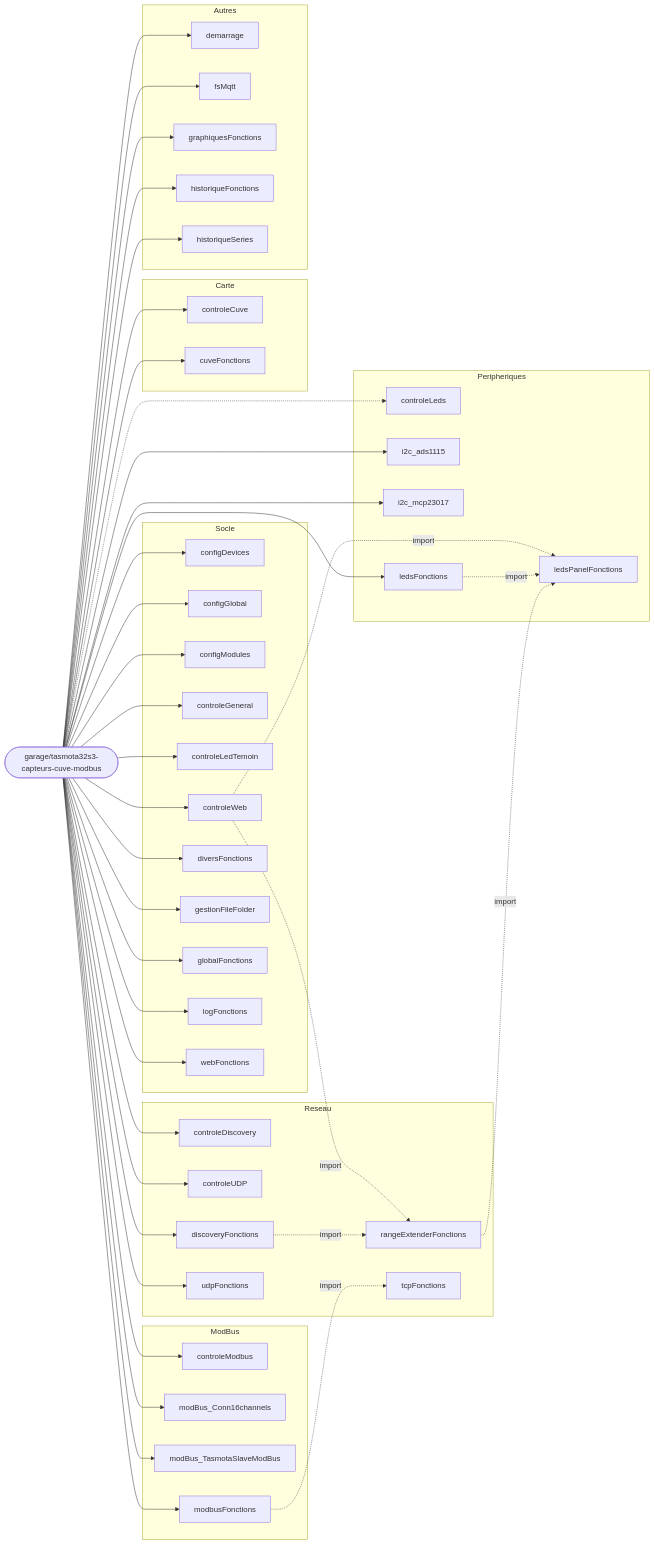
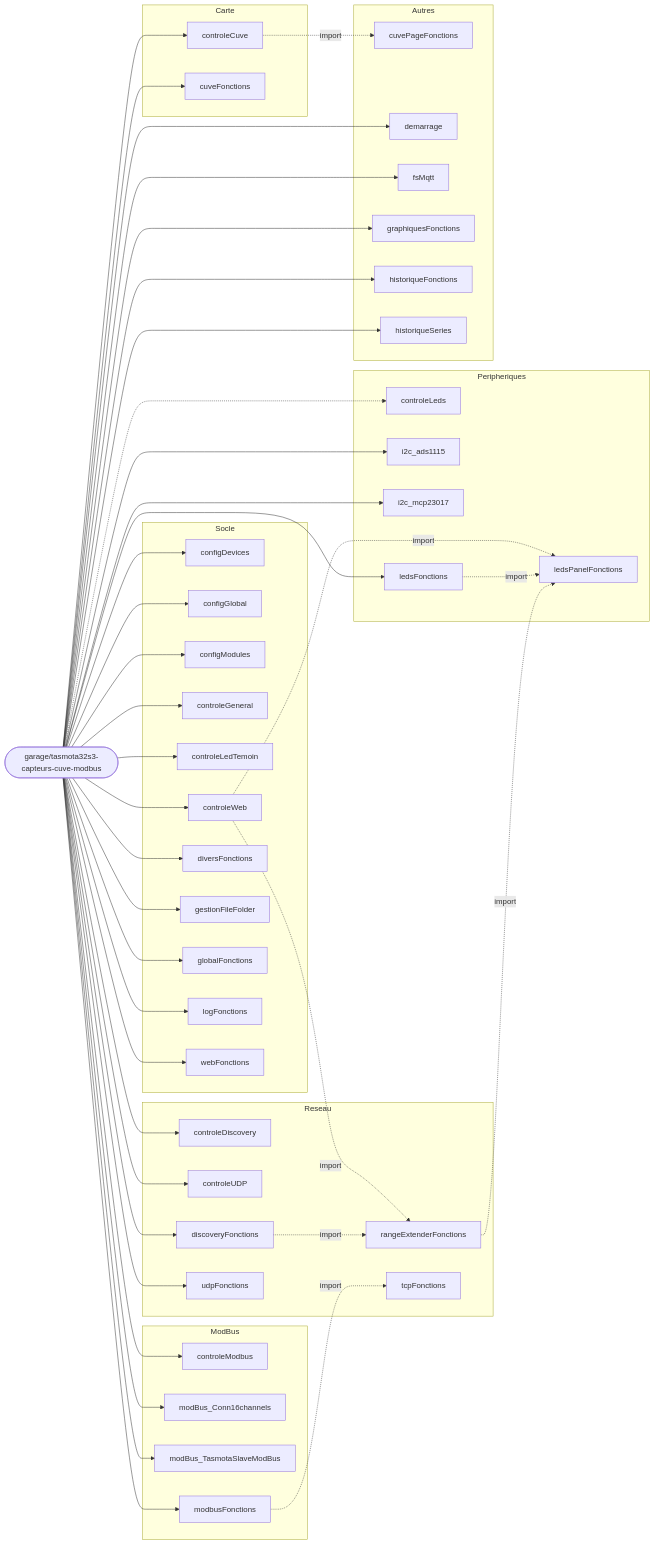
One commit to fdaubercy/Tasmota changed the sixth of 8 diagrams in outils_docs/CARTE_MODULES_BERRY.md. Above: the diagram before and after it, drawn with Mermaid. The commit also changed other lines of this file and 45 other files, not shown here.

```diff
--- a/outils_docs/CARTE_MODULES_BERRY.md
+++ b/outils_docs/CARTE_MODULES_BERRY.md
@@ -562,6 +574,7 @@
         m_cuveFonctions["cuveFonctions"]
     end
     subgraph g_Autres["Autres"]
+        m_cuvePageFonctions["cuvePageFonctions"]
         m_demarrage["demarrage"]
         m_fsMqtt["fsMqtt"]
         m_graphiquesFonctions["graphiquesFonctions"]
@@ -599,6 +612,7 @@
     m_rangeExtenderFonctions -.->|import| m_ledsPanelFonctions
     CARTE --> m_controleCuve
     CARTE --> m_cuveFonctions
+    m_controleCuve -.->|import| m_cuvePageFonctions
     CARTE --> m_demarrage
     CARTE --> m_fsMqtt
     CARTE --> m_graphiquesFonctions
```
